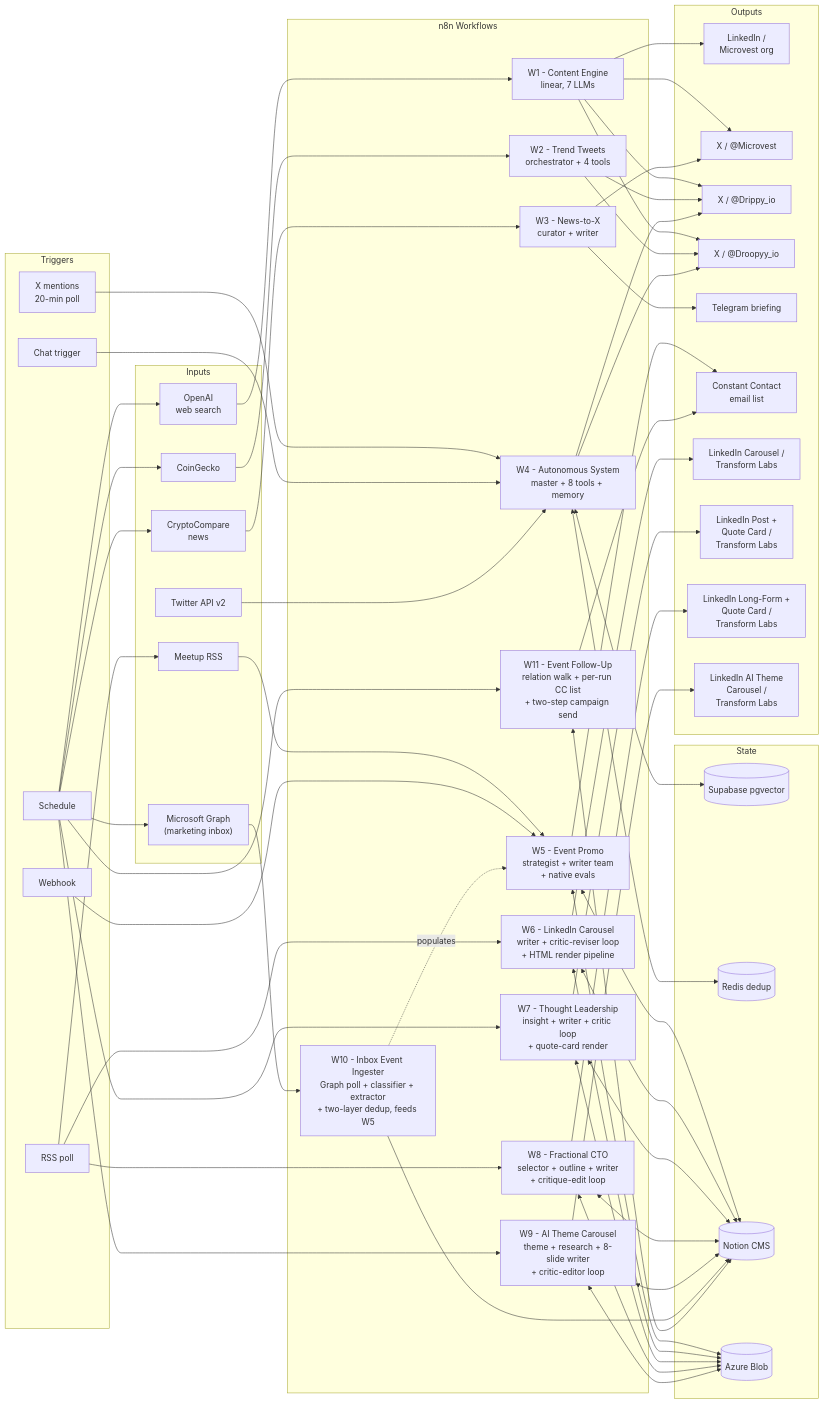
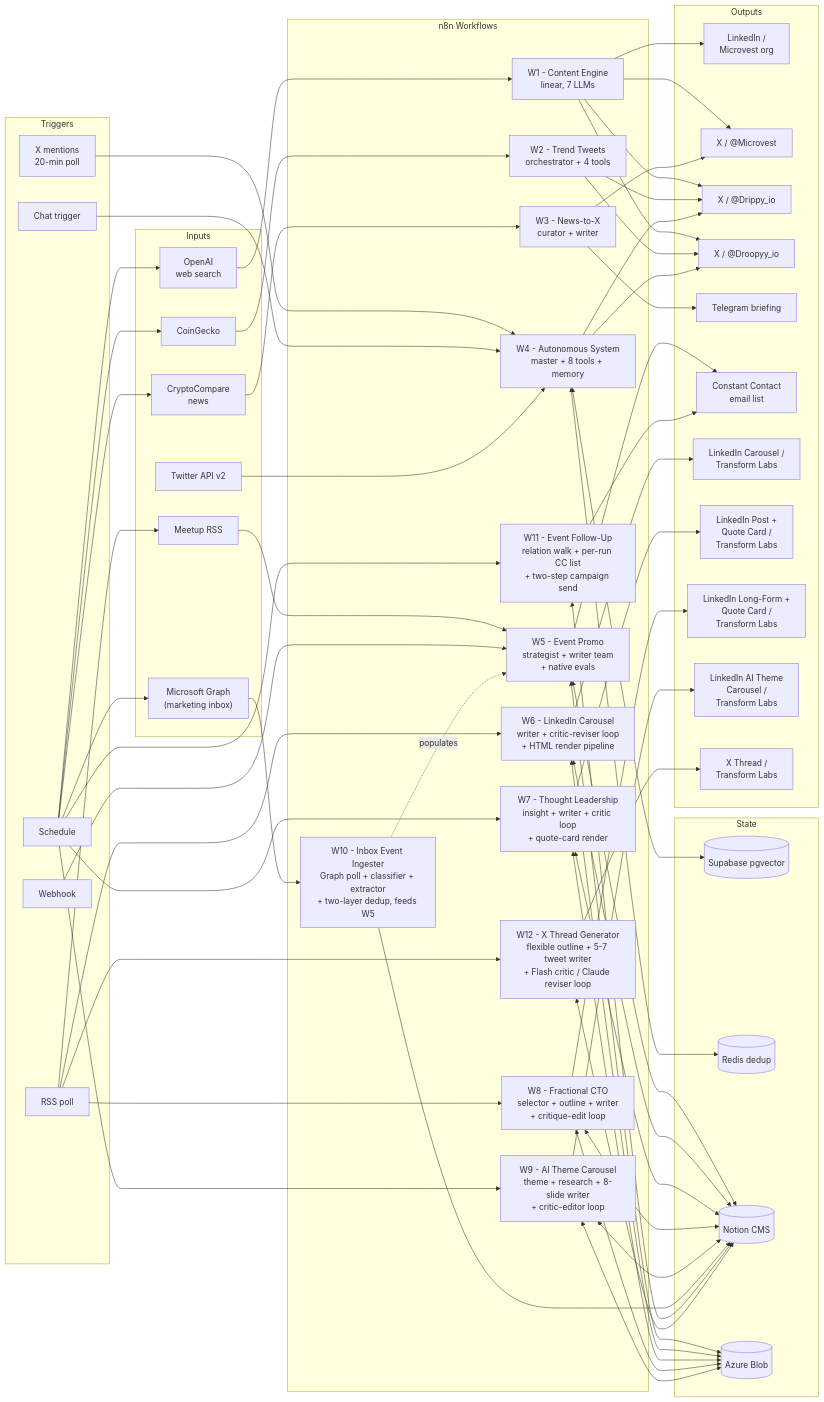
The diagram in README.md (Talonsturgill/Automations), drawn with Mermaid before and after one commit. The commit also changed other lines of this file and 2 other files, not shown here.

First line of the commit message:
Document W12 — Transform Labs X Thread Generator (#9)

````diff
--- a/README.md
+++ b/README.md
@@ -89,6 +93,7 @@
         W9["W9 - AI Theme Carousel<br/>theme + research + 8-slide writer<br/>+ critic-editor loop"]
         W10["W10 - Inbox Event Ingester<br/>Graph poll + classifier + extractor<br/>+ two-layer dedup, feeds W5"]
         W11["W11 - Event Follow-Up<br/>relation walk + per-run CC list<br/>+ two-step campaign send"]
+        W12["W12 - X Thread Generator<br/>flexible outline + 5-7 tweet writer<br/>+ Flash critic / Claude reviser loop"]
     end
 
     subgraph memory["State"]
@@ -109,6 +114,7 @@
         LT["LinkedIn Post +<br/>Quote Card /<br/>Transform Labs"]
         LF["LinkedIn Long-Form +<br/>Quote Card /<br/>Transform Labs"]
         LA["LinkedIn AI Theme<br/>Carousel /<br/>Transform Labs"]
+        XTL["X Thread /<br/>Transform Labs"]
     end
 
     S1 --> WEB
@@ -161,4 +167,7 @@
     S1 --> W11
     W11 <--> NOT
     W11 --> EM
+    RSS --> W12
+    W12 <--> NOT
+    W12 --> XTL
 ```
````
